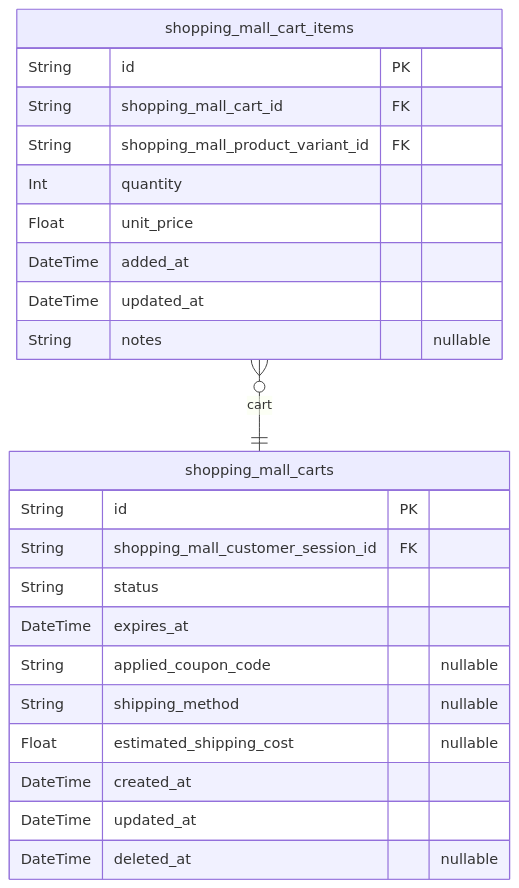
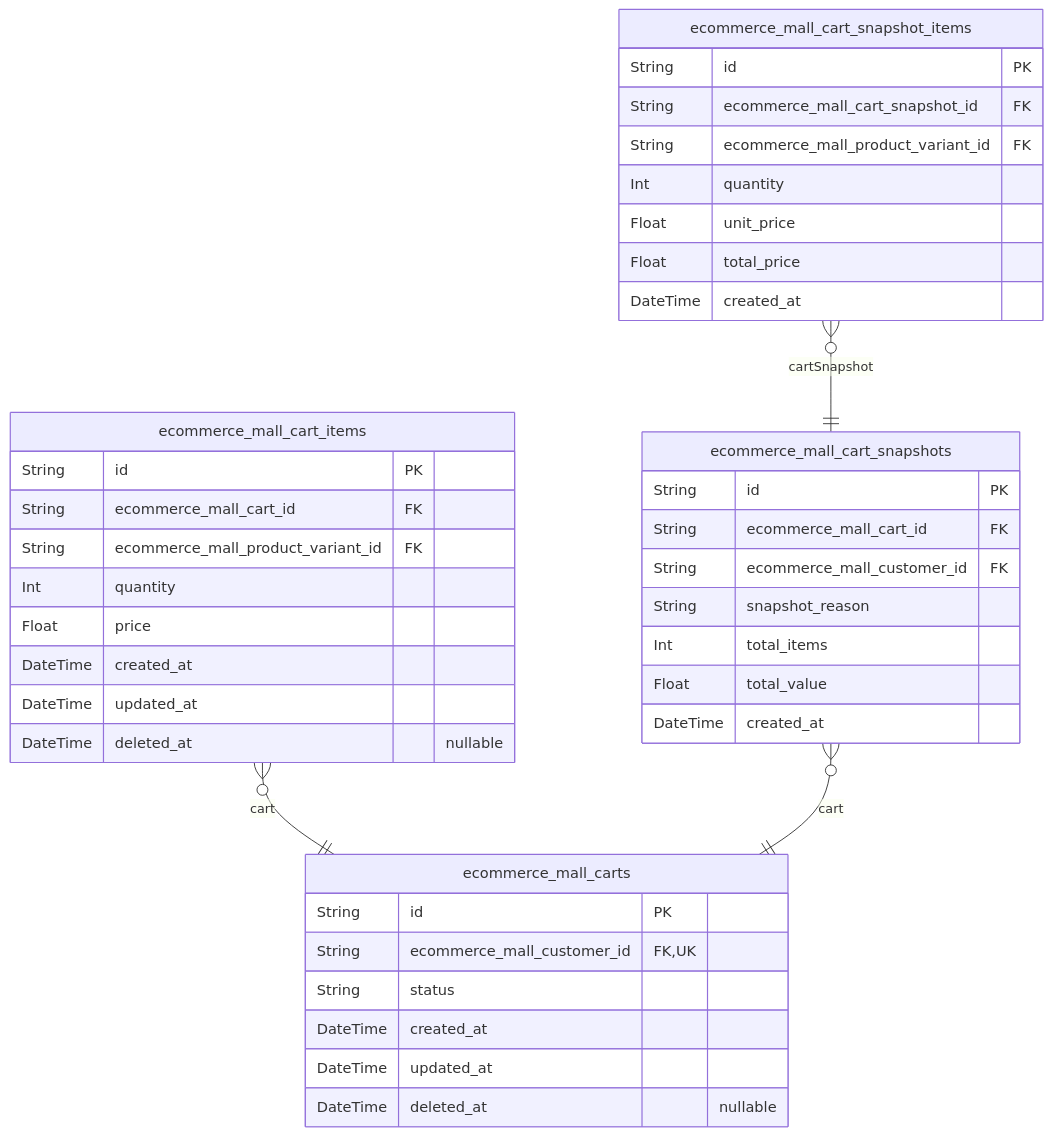
One commit to wrtnlabs/autobe-examples changed the fifth of 10 diagrams in deepseek/deepseek-v3.1-terminus-exacto/shopping/docs/ERD.md. Above: the diagram before and after it, drawn with Mermaid. The commit also changed other lines of this file and 9391 other files, not shown here.

````diff
--- a/deepseek/deepseek-v3.1-terminus-exacto/shopping/docs/ERD.md
+++ b/deepseek/deepseek-v3.1-terminus-exacto/shopping/docs/ERD.md
@@ -773,26 +2871,42 @@
 ```mermaid
 erDiagram
-"shopping_mall_carts" {
+"ecommerce_mall_carts" {
   String id PK
-  String shopping_mall_customer_session_id FK
+  String ecommerce_mall_customer_id FK,UK
   String status
-  DateTime expires_at
-  String applied_coupon_code "nullable"
-  String shipping_method "nullable"
-  Float estimated_shipping_cost "nullable"
   DateTime created_at
   DateTime updated_at
   DateTime deleted_at "nullable"
 }
-"shopping_mall_cart_items" {
+"ecommerce_mall_cart_items" {
   String id PK
-  String shopping_mall_cart_id FK
-  String shopping_mall_product_variant_id FK
+  String ecommerce_mall_cart_id FK
+  String ecommerce_mall_product_variant_id FK
+  Int quantity
+  Float price
+  DateTime created_at
+  DateTime updated_at
+  DateTime deleted_at "nullable"
+}
+"ecommerce_mall_cart_snapshots" {
+  String id PK
+  String ecommerce_mall_cart_id FK
+  String ecommerce_mall_customer_id FK
+  String snapshot_reason
+  Int total_items
+  Float total_value
+  DateTime created_at
+}
+"ecommerce_mall_cart_snapshot_items" {
+  String id PK
+  String ecommerce_mall_cart_snapshot_id FK
+  String ecommerce_mall_product_variant_id FK
   Int quantity
   Float unit_price
-  DateTime added_at
-  DateTime updated_at
-  String notes "nullable"
+  Float total_price
+  DateTime created_at
 }
-"shopping_mall_cart_items" }o--|| "shopping_mall_carts" : cart
+"ecommerce_mall_cart_items" }o--|| "ecommerce_mall_carts" : cart
+"ecommerce_mall_cart_snapshots" }o--|| "ecommerce_mall_carts" : cart
+"ecommerce_mall_cart_snapshot_items" }o--|| "ecommerce_mall_cart_snapshots" : cartSnapshot
 ```
````
